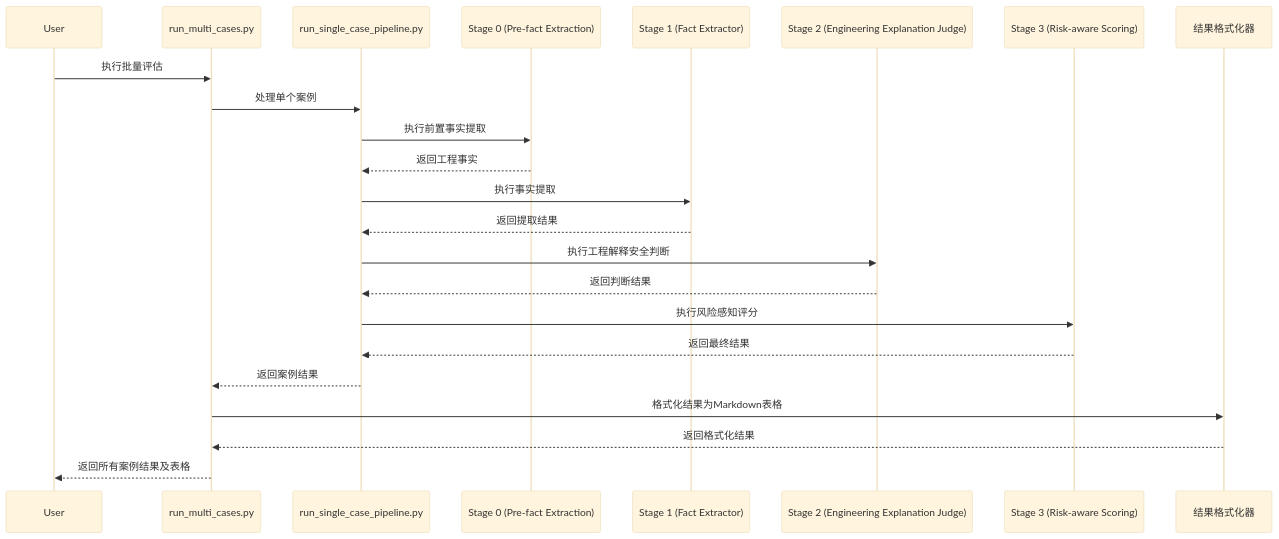
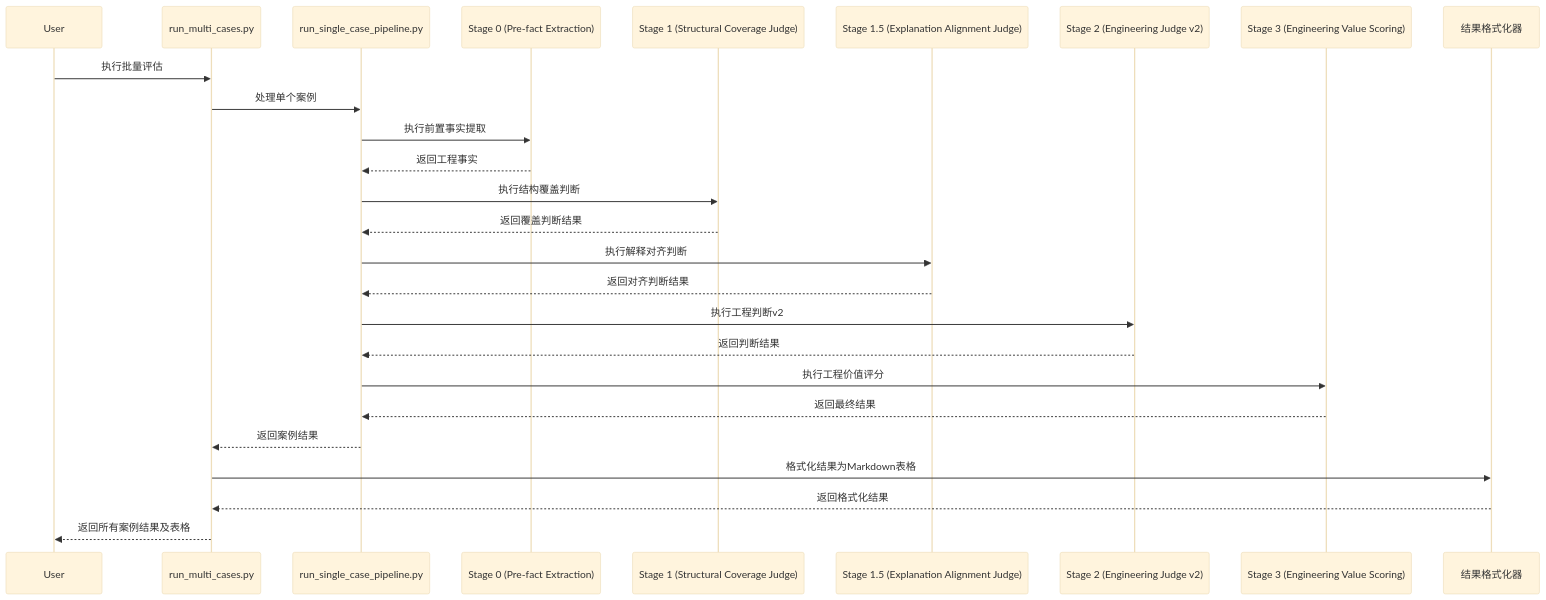
One commit to zhangxudong-g/AI_Projects changed the third of 8 diagrams in promptfoo_wiki/fact_judge_v2/FLOWCHART.md. Above: the diagram before and after it, drawn with Mermaid (base theme). The commit also changed other lines of this file and 86 other files, not shown here.

````diff
--- a/promptfoo_wiki/fact_judge_v2/FLOWCHART.md
+++ b/promptfoo_wiki/fact_judge_v2/FLOWCHART.md
@@ -104,26 +117,29 @@
 ```mermaid
 sequenceDiagram
     participant User
     participant run_multi_cases as run_multi_cases.py
     participant run_single_case as run_single_case_pipeline.py
     participant stage0 as Stage 0 (Pre-fact Extraction)
-    participant stage1 as Stage 1 (Fact Extractor)
-    participant stage2 as Stage 2 (Engineering Explanation Judge)
-    participant stage3 as Stage 3 (Risk-aware Scoring)
+    participant stage1 as Stage 1 (Structural Coverage Judge)
+    participant stage1_5 as Stage 1.5 (Explanation Alignment Judge)
+    participant stage2 as Stage 2 (Engineering Judge v2)
+    participant stage3 as Stage 3 (Engineering Value Scoring)
     participant formatter as 结果格式化器
 
     User->>run_multi_cases: 执行批量评估
     run_multi_cases->>run_single_case: 处理单个案例
     run_single_case->>stage0: 执行前置事实提取
     stage0-->>run_single_case: 返回工程事实
-    run_single_case->>stage1: 执行事实提取
-    stage1-->>run_single_case: 返回提取结果
-    run_single_case->>stage2: 执行工程解释安全判断
+    run_single_case->>stage1: 执行结构覆盖判断
+    stage1-->>run_single_case: 返回覆盖判断结果
+    run_single_case->>stage1_5: 执行解释对齐判断
+    stage1_5-->>run_single_case: 返回对齐判断结果
+    run_single_case->>stage2: 执行工程判断v2
     stage2-->>run_single_case: 返回判断结果
-    run_single_case->>stage3: 执行风险感知评分
+    run_single_case->>stage3: 执行工程价值评分
     stage3-->>run_single_case: 返回最终结果
     run_single_case-->>run_multi_cases: 返回案例结果
     run_multi_cases->>formatter: 格式化结果为Markdown表格
     formatter-->>run_multi_cases: 返回格式化结果
     run_multi_cases-->>User: 返回所有案例结果及表格
 ```
````
